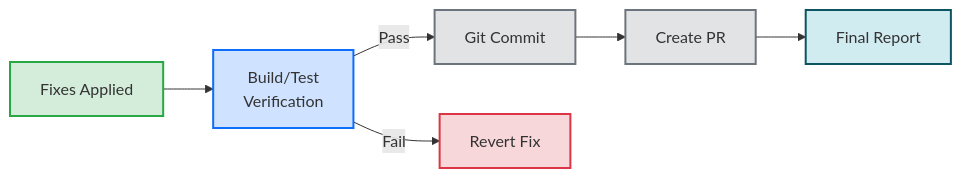
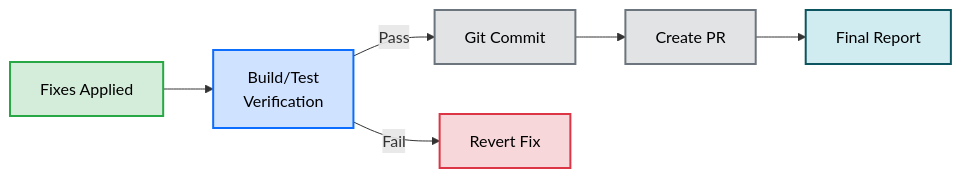
One commit to tsanders-rh/kantra-ai changed the sixth of 6 diagrams in docs/WORKFLOW.md. Above: the diagram before and after it, drawn with Mermaid. The commit also changed other lines of this file, not shown here.

First line of the commit message:
Improve diagram text contrast for readability

````diff
--- a/docs/WORKFLOW.md
+++ b/docs/WORKFLOW.md
@@ -139,16 +139,16 @@
 ```mermaid
 flowchart LR
     Apply[Fixes Applied] --> Verify[Build/Test<br/>Verification]
     Verify -->|Pass| Commit[Git Commit]
     Verify -->|Fail| Revert[Revert Fix]
 
     Commit --> PR[Create PR]
     PR --> Report[Final Report]
 
-    style Apply fill:#d4edda,stroke:#28a745,stroke-width:2px
-    style Verify fill:#cfe2ff,stroke:#0d6efd,stroke-width:2px
-    style Commit fill:#e2e3e5,stroke:#6c757d,stroke-width:2px
-    style Revert fill:#f8d7da,stroke:#dc3545,stroke-width:2px
-    style PR fill:#e2e3e5,stroke:#6c757d,stroke-width:2px
-    style Report fill:#d1ecf1,stroke:#0c5460,stroke-width:2px
+    style Apply fill:#d4edda,stroke:#28a745,stroke-width:2px,color:#000
+    style Verify fill:#cfe2ff,stroke:#0d6efd,stroke-width:2px,color:#000
+    style Commit fill:#e2e3e5,stroke:#6c757d,stroke-width:2px,color:#000
+    style Revert fill:#f8d7da,stroke:#dc3545,stroke-width:2px,color:#000
+    style PR fill:#e2e3e5,stroke:#6c757d,stroke-width:2px,color:#000
+    style Report fill:#d1ecf1,stroke:#0c5460,stroke-width:2px,color:#000
 ```
````
